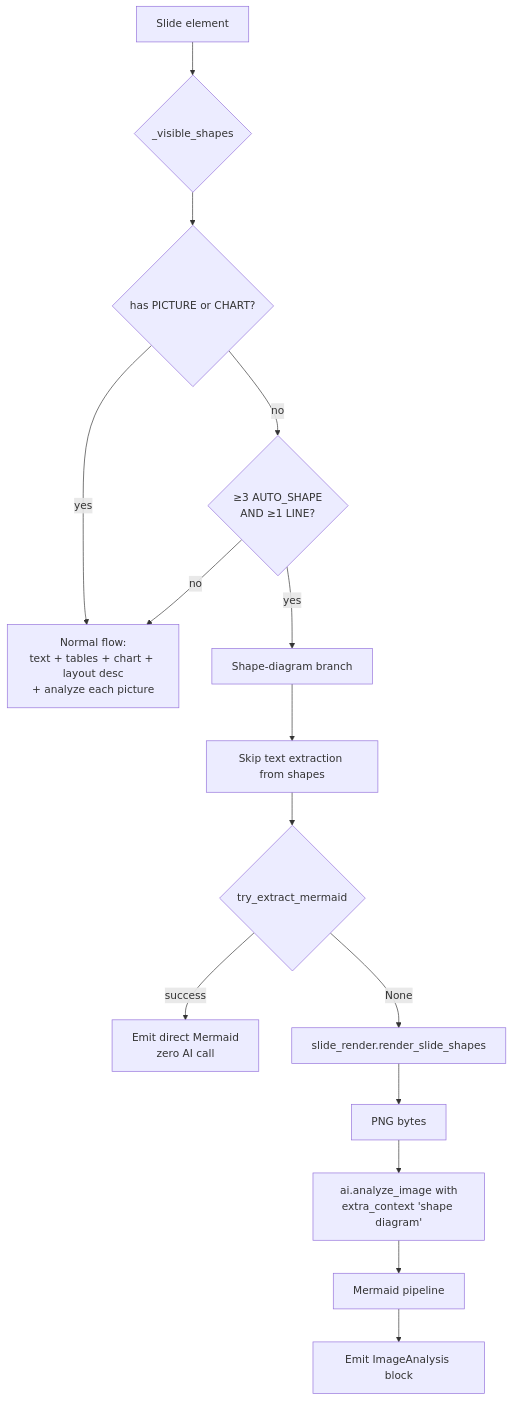
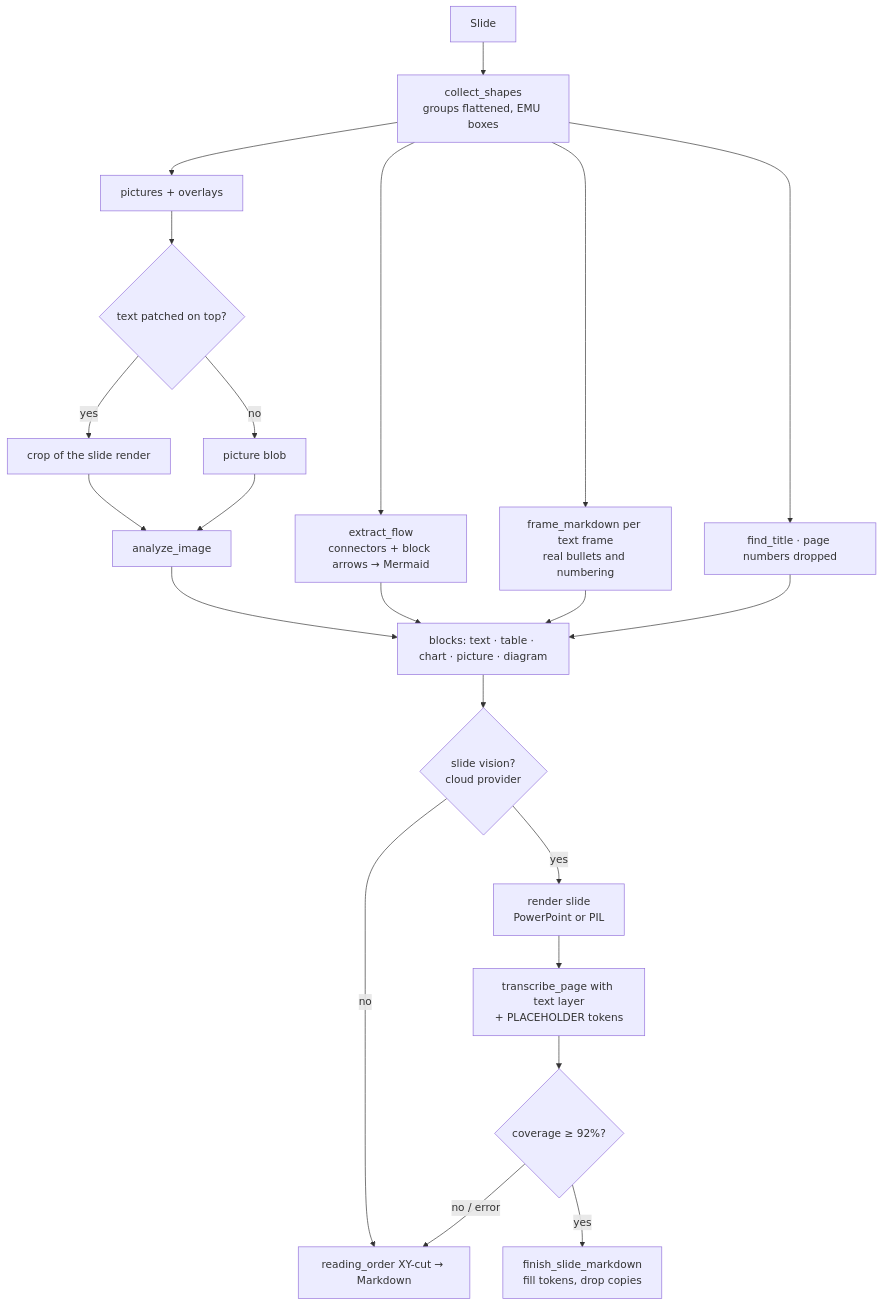
The fifth of 9 diagrams in docs/ARCHITECTURE.md (agunawijaya/AnyToMD), drawn with Mermaid before and after one commit. The commit also changed other lines of this file and 23 other files, not shown here.

````diff
--- a/docs/ARCHITECTURE.md
+++ b/docs/ARCHITECTURE.md
@@ -270,17 +273,24 @@
 ```mermaid
 flowchart TD
-    A[Slide element] --> B{_visible_shapes}
-    B --> C{has PICTURE or CHART?}
-    C -->|yes| D[Normal flow:<br/>text + tables + chart + layout desc<br/>+ analyze each picture]
-    C -->|no| E{≥3 AUTO_SHAPE<br/>AND ≥1 LINE?}
-    E -->|no| D
-    E -->|yes| F[Shape-diagram branch]
-    F --> G[Skip text extraction from shapes]
-    G --> H{try_extract_mermaid}
-    H -->|success| I[Emit direct Mermaid<br/>zero AI call]
-    H -->|None| J[slide_render.render_slide_shapes]
-    J --> K[PNG bytes]
-    K --> L[ai.analyze_image with<br/>extra_context 'shape diagram']
-    L --> M[Mermaid pipeline]
-    M --> N[Emit ImageAnalysis block]
+    A[Slide] --> B[collect_shapes<br/>groups flattened, EMU boxes]
+    B --> C[find_title · page numbers dropped]
+    B --> D[extract_flow<br/>connectors + block arrows → Mermaid]
+    B --> E[frame_markdown per text frame<br/>real bullets and numbering]
+    B --> F[pictures + overlays]
+    F --> G{text patched on top?}
+    G -->|yes| H[crop of the slide render]
+    G -->|no| I[picture blob]
+    H --> J[analyze_image]
+    I --> J
+    J --> K[blocks: text · table · chart · picture · diagram]
+    D --> K
+    E --> K
+    C --> K
+    K --> L{slide vision?<br/>cloud provider}
+    L -->|no| M[reading_order XY-cut → Markdown]
+    L -->|yes| N[render slide<br/>PowerPoint or PIL]
+    N --> O[transcribe_page with text layer<br/>+ PLACEHOLDER tokens]
+    O --> P{coverage ≥ 92%?}
+    P -->|yes| Q[finish_slide_markdown<br/>fill tokens, drop copies]
+    P -->|no / error| M
 ```
````
